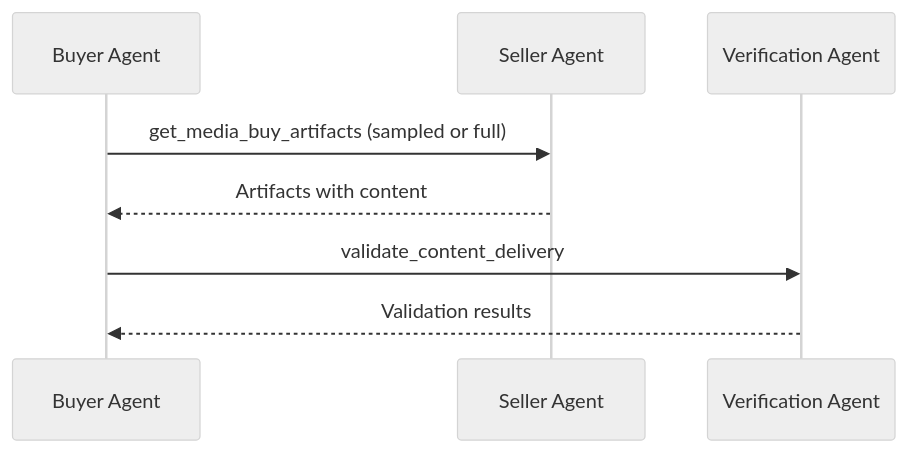
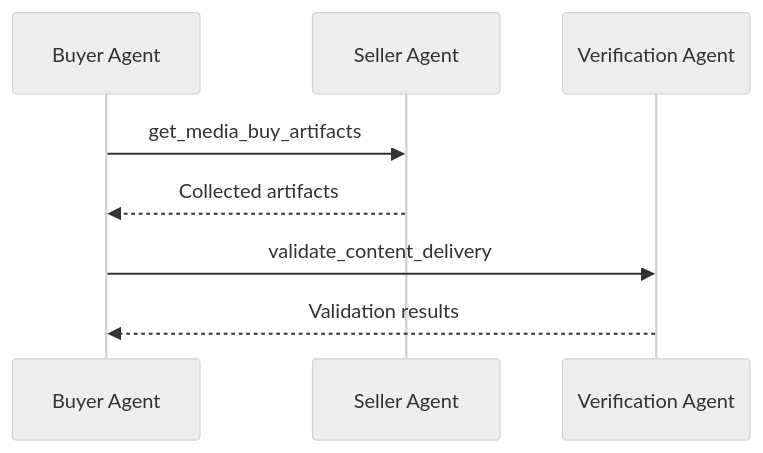
Before and after one commit to adcontextprotocol/adcp: the diagram in docs/governance/content-standards/tasks/get_media_buy_artifacts.mdx, drawn with Mermaid (neutral theme). The commit also changed other lines of this file and 9 other files, not shown here.

First line of the commit message:
feat: remove request-time sampling from get_media_buy_artifacts, add content_standards_detail

````diff
--- a/docs/governance/content-standards/tasks/get_media_buy_artifacts.mdx
+++ b/docs/governance/content-standards/tasks/get_media_buy_artifacts.mdx
@@ -15,11 +15,11 @@
 ```mermaid
 sequenceDiagram
     participant Buyer as Buyer Agent
     participant Seller as Seller Agent
     participant Verifier as Verification Agent
 
-    Buyer->>Seller: get_media_buy_artifacts (sampled or full)
-    Seller-->>Buyer: Artifacts with content
+    Buyer->>Seller: get_media_buy_artifacts
+    Seller-->>Buyer: Collected artifacts
     Buyer->>Verifier: validate_content_delivery
     Verifier-->>Buyer: Validation results
 ```
````
